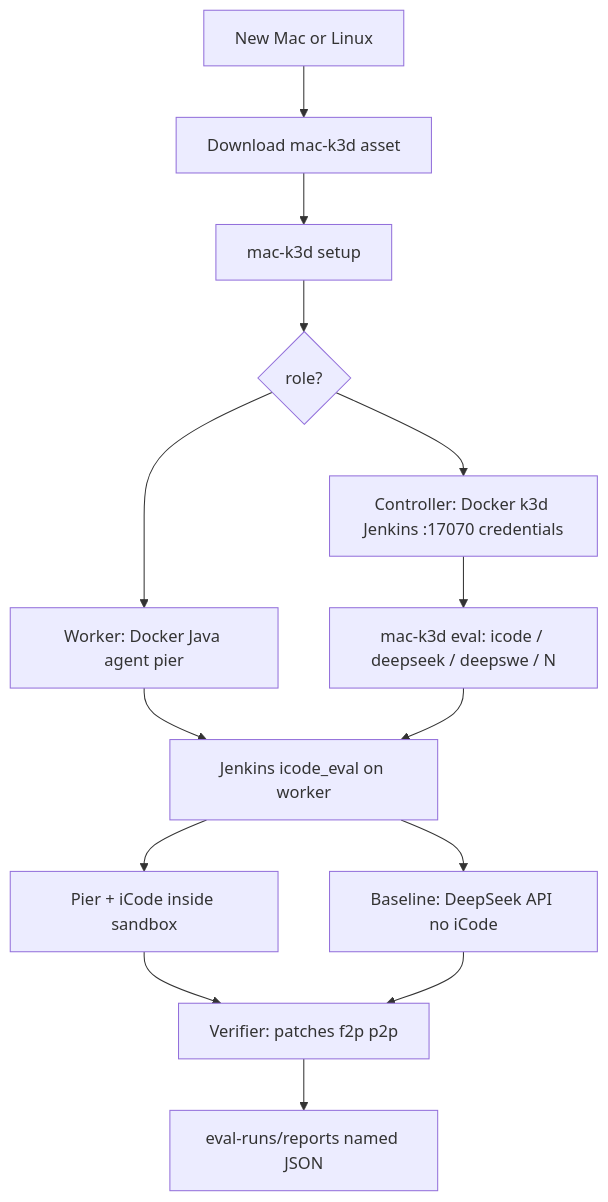
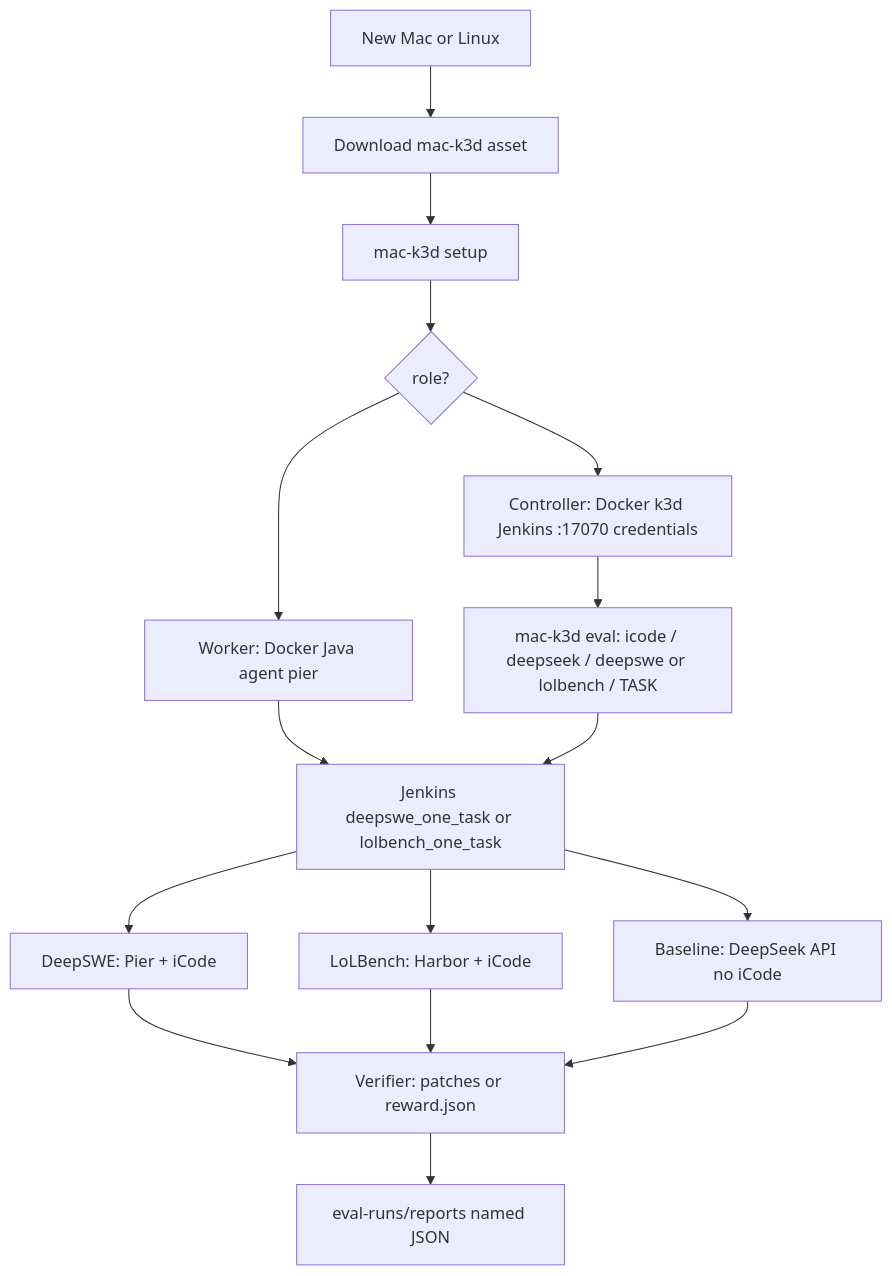
The diagram in docs/binary-initializer/workflow.md (Toby-Yu/mac-k3d), drawn with Mermaid before and after one commit. The commit also changed other lines of this file and 40 other files, not shown here.

First line of the commit message:
Keep DeepSeek keys out of git and run Pier iCode like Harbor.

````diff
--- a/docs/binary-initializer/workflow.md
+++ b/docs/binary-initializer/workflow.md
@@ -27,27 +28,30 @@
 ```mermaid
 flowchart TD
   newHost["New Mac or Linux"]
   bin["Download mac-k3d asset"]
   setup["mac-k3d setup"]
   role{"role?"}
   ctrl["Controller: Docker k3d Jenkins :17070 credentials"]
   work["Worker: Docker Java agent pier"]
-  evalCli["mac-k3d eval: icode / deepseek / deepswe / N"]
-  job["Jenkins icode_eval on worker"]
-  pierA["Pier + iCode inside sandbox"]
+  evalCli["mac-k3d eval: icode / deepseek / deepswe or lolbench / TASK"]
+  job["Jenkins deepswe_one_task or lolbench_one_task"]
+  pierA["DeepSWE: Pier + iCode"]
+  harborA["LoLBench: Harbor + iCode"]
   pierB["Baseline: DeepSeek API no iCode"]
-  grade["Verifier: patches f2p p2p"]
+  grade["Verifier: patches or reward.json"]
   json["eval-runs/reports named JSON"]
 
   newHost --> bin --> setup --> role
   role --> ctrl
   role --> work
   ctrl --> evalCli
   work --> job
   evalCli --> job
   job --> pierA
+  job --> harborA
   job --> pierB
   pierA --> grade
+  harborA --> grade
   pierB --> grade
   grade --> json
 ```
````
